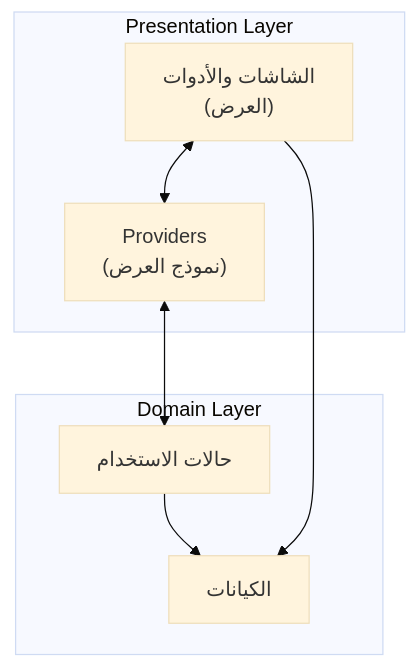
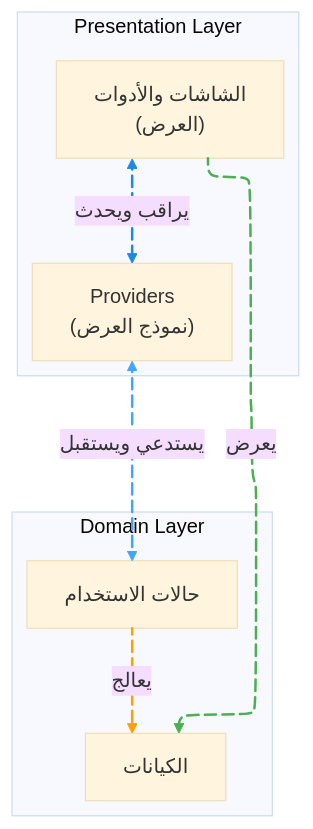
The first of 2 diagrams in lib/presentation/README-ar.md (GeniusSystems24/genius_store), drawn with Mermaid (base theme) before and after one commit. The commit also changed other lines of this file and 60 other files, not shown here.

Commit message:
- add animations to diagrams.

````diff
--- a/lib/presentation/README-ar.md
+++ b/lib/presentation/README-ar.md
@@ -36,17 +36,32 @@
 ```mermaid
+---
+config:
+  look: classic
+  layout: elk
+---
 flowchart TB
     subgraph Presentation Layer
         View["الشاشات والأدوات\n(العرض)"]
         ViewModel["Providers\n(نموذج العرض)"]
     end
     
     subgraph Domain Layer
         UseCase["حالات الاستخدام"]
         Entities["الكيانات"]
     end
     
-    View <--> ViewModel
-    ViewModel <--> UseCase
-    UseCase --> Entities
-    View --> Entities
+    View L_View_ViewModel_0@<--> |يراقب ويحدث| ViewModel
+    ViewModel L_ViewModel_UseCase_0@<--> |يستدعي ويستقبل| UseCase
+    UseCase L_UseCase_Entities_0@--> |يعالج| Entities
+    View L_View_Entities_0@--> |يعرض| Entities
+    
+    linkStyle 0 stroke:#1E88E5,fill:none,stroke-width:2px
+    linkStyle 1 stroke:#42A5F5,fill:none,stroke-width:2px
+    linkStyle 2 stroke:#FFA000,fill:none,stroke-width:2px
+    linkStyle 3 stroke:#4CAF50,fill:none,stroke-width:2px
+    
+    L_View_ViewModel_0@{ animation: fast }
+    L_ViewModel_UseCase_0@{ animation: fast } 
+    L_UseCase_Entities_0@{ animation: fast } 
+    L_View_Entities_0@{ animation: fast }
 ```
````
